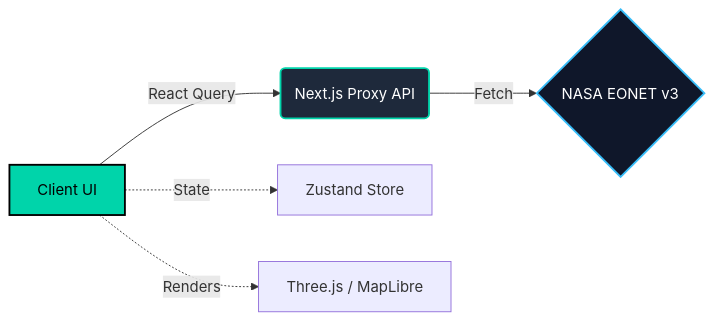
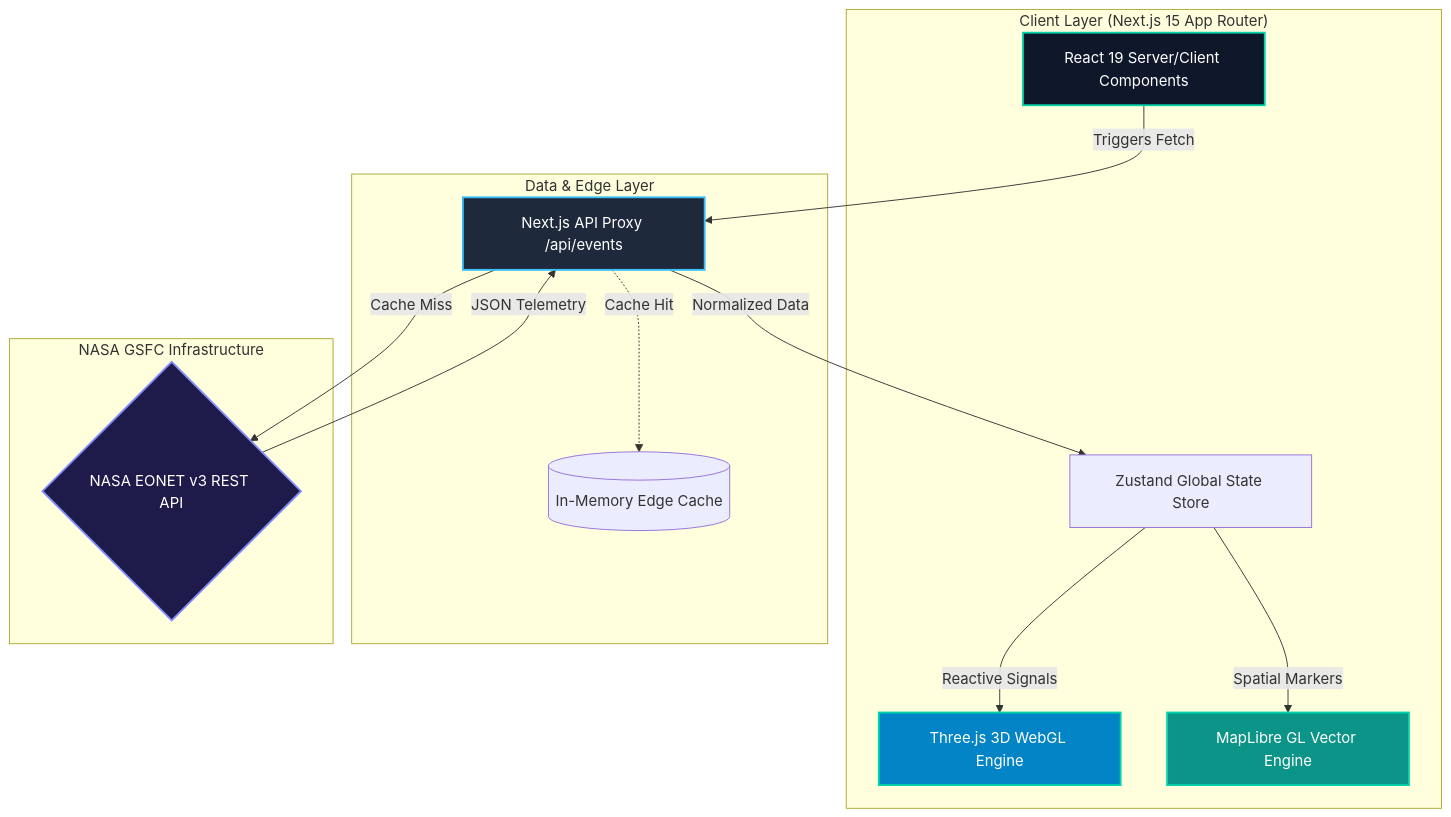
The diagram in README.md (djabhi31/EarthSphere), drawn with Mermaid before and after one commit. The commit also changed other lines of this file and 15 other files, not shown here.

````diff
--- a/README.md
+++ b/README.md
@@ -73,11 +78,32 @@
 ```mermaid
-graph LR
-    A[Client UI] -->|React Query| B(Next.js Proxy API)
-    B -->|Fetch| C{NASA EONET v3}
-    A -.->|State| D[Zustand Store]
-    A -.->|Renders| E[Three.js / MapLibre]
+graph TD
+    subgraph Client ["Client Layer (Next.js 15 App Router)"]
+        UI[React 19 Server/Client Components]
+        Globe[Three.js 3D WebGL Engine]
+        Map[MapLibre GL Vector Engine]
+        Store[Zustand Global State Store]
+    end
+
+    subgraph Middleware ["Data & Edge Layer"]
+        Proxy[Next.js API Proxy /api/events]
+        Cache[(In-Memory Edge Cache)]
+    end
+
+    subgraph DataProvider ["NASA GSFC Infrastructure"]
+        NASA{NASA EONET v3 REST API}
+    end
+
+    UI -->|Triggers Fetch| Proxy
+    Proxy -->|Cache Miss| NASA
+    Proxy -.->|Cache Hit| Cache
+    NASA -->|JSON Telemetry| Proxy
+    Proxy -->|Normalized Data| Store
+    Store -->|Reactive Signals| Globe
+    Store -->|Spatial Markers| Map
     
-    style A fill:#00d4aa,stroke:#000,stroke-width:2px,color:#000
-    style B fill:#1e293b,stroke:#00d4aa,stroke-width:2px,color:#fff
-    style C fill:#0f172a,stroke:#38bdf8,stroke-width:2px,color:#fff
+    style UI fill:#0f172a,stroke:#00d4aa,stroke-width:2px,color:#fff
+    style Globe fill:#0284c7,stroke:#00d4aa,stroke-width:2px,color:#fff
+    style Map fill:#0d9488,stroke:#00d4aa,stroke-width:2px,color:#fff
+    style Proxy fill:#1e293b,stroke:#38bdf8,stroke-width:2px,color:#fff
+    style NASA fill:#1e1b4b,stroke:#818cf8,stroke-width:2px,color:#fff
 ```
````
